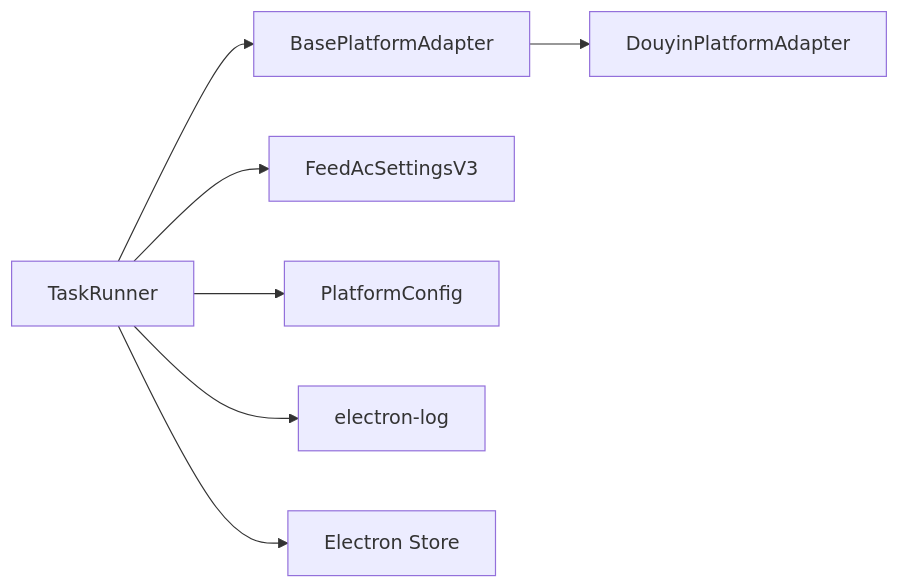
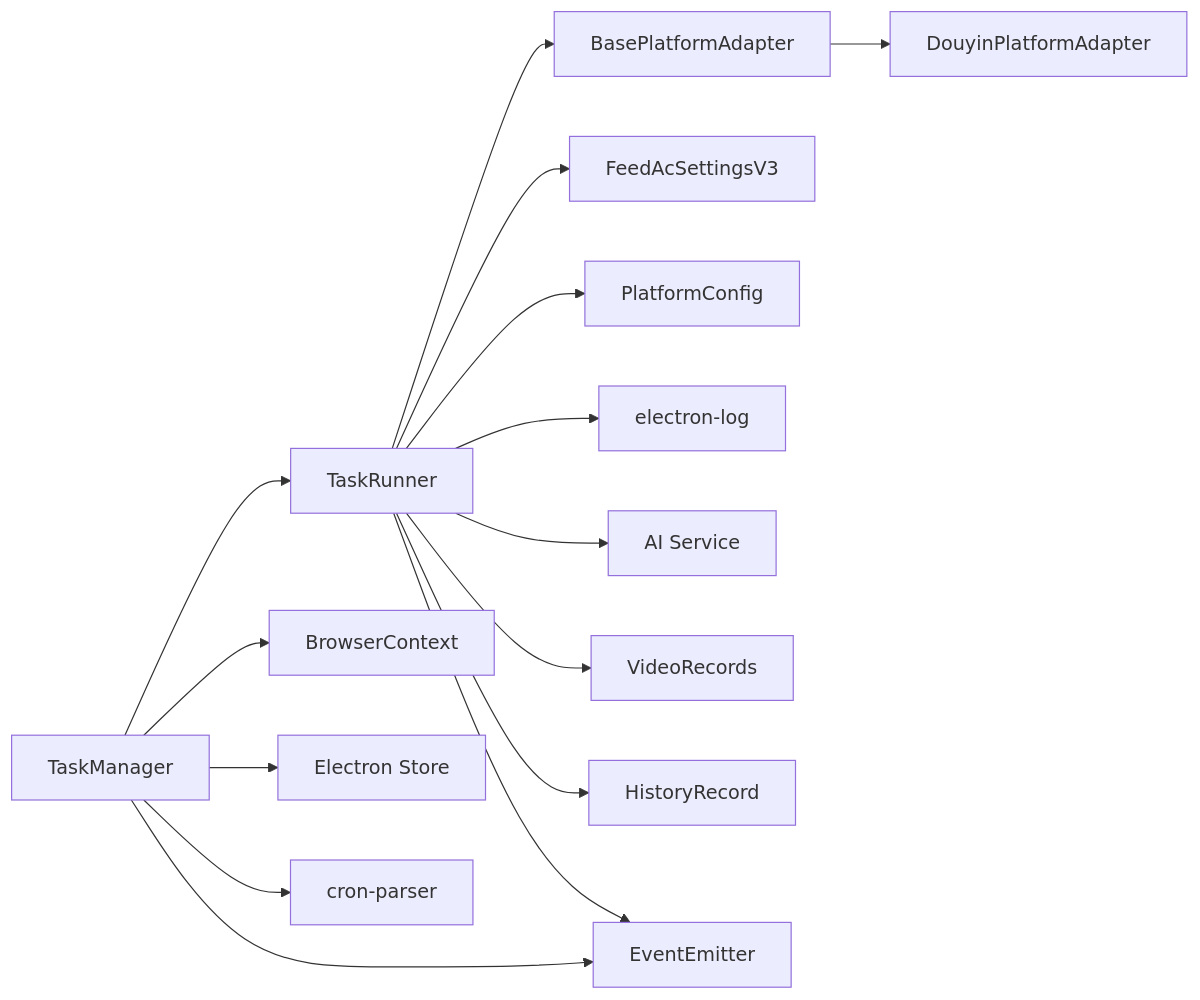
Diagram 14 of 14 in .qoder/repowiki/zh/content/核心模块/任务执行器.md (hipig/autoOps), drawn with Mermaid before and after one commit. The commit also changed other lines of this file and 37 other files, not shown here.

````diff
--- a/.qoder/repowiki/zh/content/核心模块/任务执行器.md
+++ b/.qoder/repowiki/zh/content/核心模块/任务执行器.md
@@ -431,9 +872,17 @@
 ```mermaid
 graph LR
-TR["TaskRunner"] --> AD["BasePlatformAdapter"]
+TM["TaskManager"] --> TR["TaskRunner"]
+TM --> BC["BrowserContext"]
+TM --> ST["Electron Store"]
+TR --> AD["BasePlatformAdapter"]
 AD --> DC["DouyinPlatformAdapter"]
 TR --> CFG["FeedAcSettingsV3"]
 TR --> PCFG["PlatformConfig"]
 TR --> LOG["electron-log"]
-TR --> ST["Electron Store"]
+TR --> AI["AI Service"]
+TR --> VR["VideoRecords"]
+TR --> HR["HistoryRecord"]
+TM --> CRON["cron-parser"]
+TM --> EV["EventEmitter"]
+TR --> EV
 ```
````
